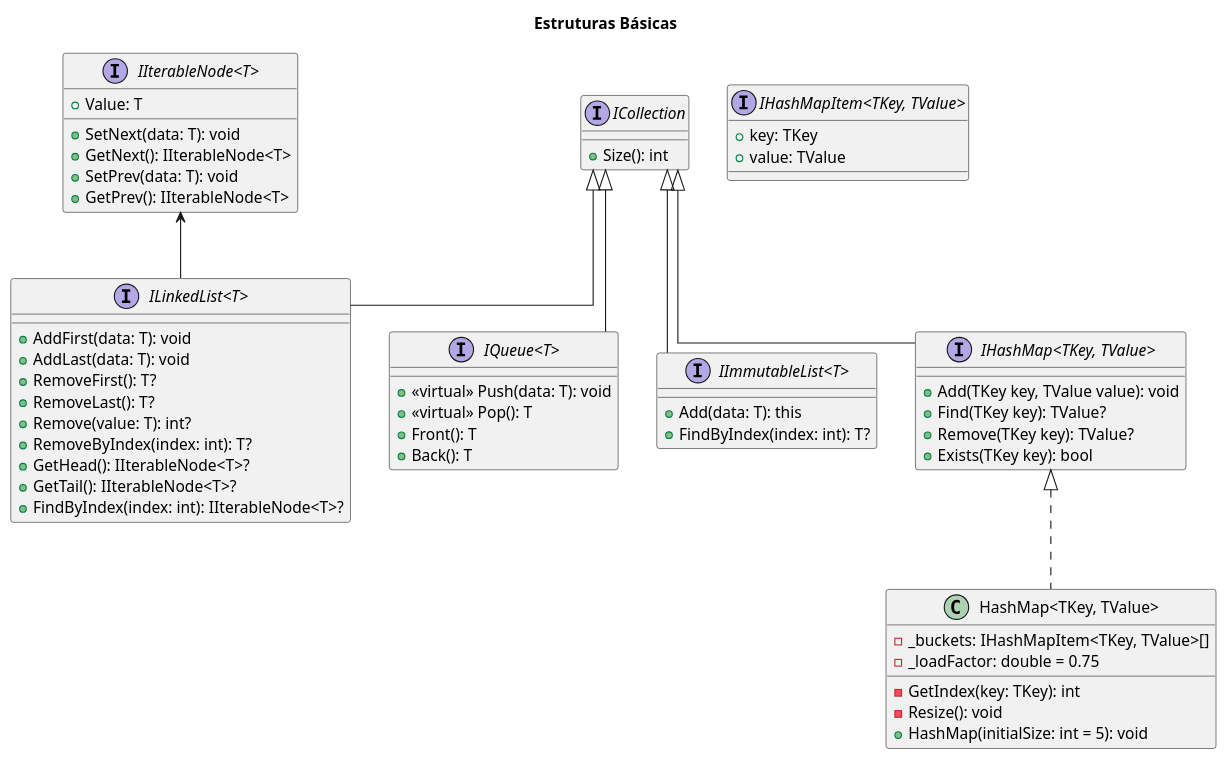
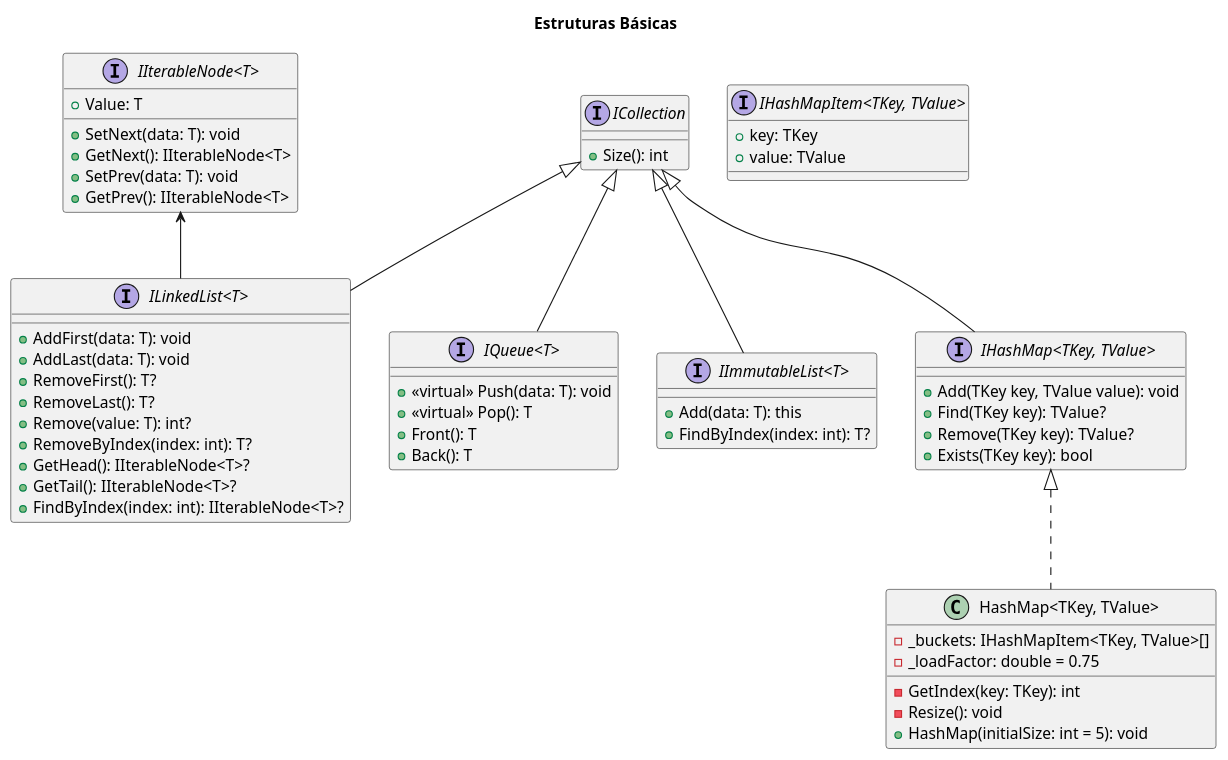
The diagram in data-structures.puml (Hoyasumii/pizza-uml), drawn with PlantUML before and after one commit. The commit also changed 3 other files, not shown here.

```diff
--- a/data-structures.puml
+++ b/data-structures.puml
@@ -1,69 +1,69 @@
 @startuml DataStructures
 
 title Estruturas Básicas
-skinparam linetype ortho
+' skinparam linetype ortho
 
 interface ICollection {
   + Size(): int
 }
 
 ICollection <|-- "IQueue<T>"
 interface "IQueue<T>" {
   + <<virtual>> Push(data: T): void
   + <<virtual>> Pop(): T
   + Front(): T
   + Back(): T
 }
 
 interface "IIterableNode<T>" {
   + Value: T
   + SetNext(data: T): void
   + GetNext(): IIterableNode<T>
   + SetPrev(data: T): void
   + GetPrev(): IIterableNode<T>
 }
 
 
 ICollection <|-- "ILinkedList<T>"
 "IIterableNode<T>" <-- "ILinkedList<T>"
 interface "ILinkedList<T>" {
   + AddFirst(data: T): void
   + AddLast(data: T): void
   + RemoveFirst(): T?
   + RemoveLast(): T?
   + Remove(value: T): int?
   + RemoveByIndex(index: int): T?
   + GetHead(): IIterableNode<T>?
   + GetTail(): IIterableNode<T>?
   + FindByIndex(index: int): IIterableNode<T>?
 }
 
 ICollection <|-- "IImmutableList<T>"
 interface "IImmutableList<T>" {
   + Add(data: T): this
   + FindByIndex(index: int): T?
 }
 
 ICollection <|-- "IHashMap<TKey, TValue>"
 interface "IHashMap<TKey, TValue>" {
   + Add(TKey key, TValue value): void
   + Find(TKey key): TValue?
   + Remove(TKey key): TValue?
   + Exists(TKey key): bool
 }
 
 interface "IHashMapItem<TKey, TValue>" {
   + key: TKey
   + value: TValue
 }
 
 "IHashMap<TKey, TValue>" <|.. "HashMap<TKey, TValue>"
 class "HashMap<TKey, TValue>" {
   - _buckets: IHashMapItem<TKey, TValue>[]
   - _loadFactor: double = 0.75
   - GetIndex(key: TKey): int
   - Resize(): void
   + HashMap(initialSize: int = 5): void
 }
 
 @end
```
